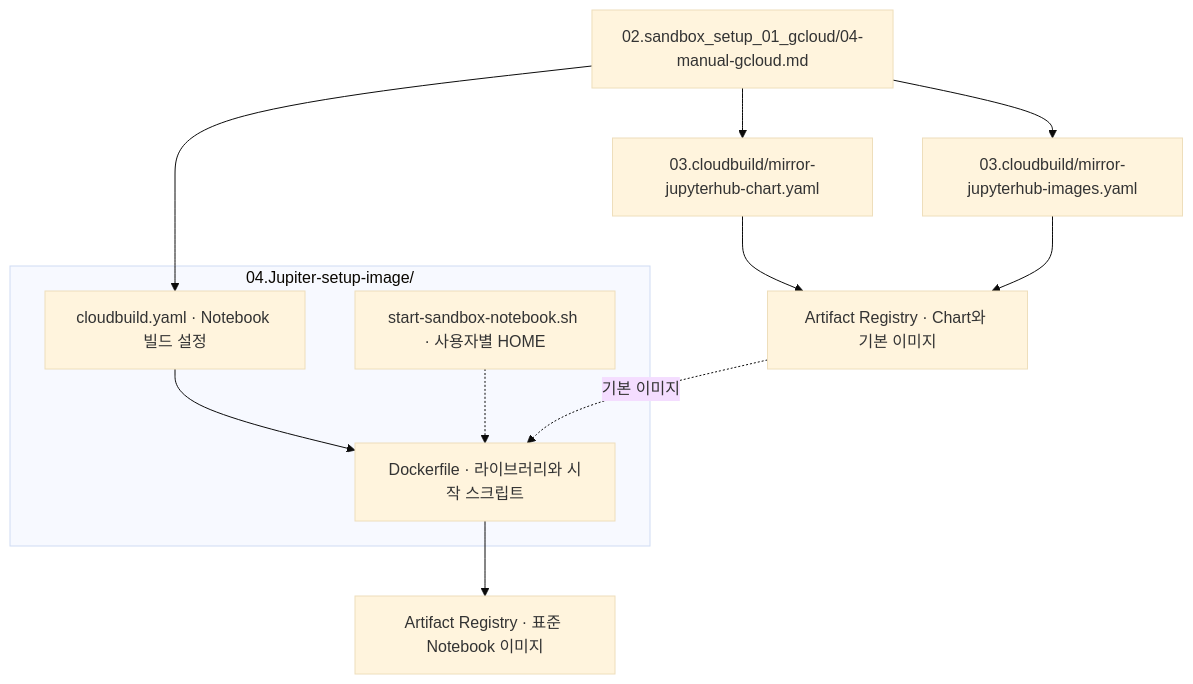
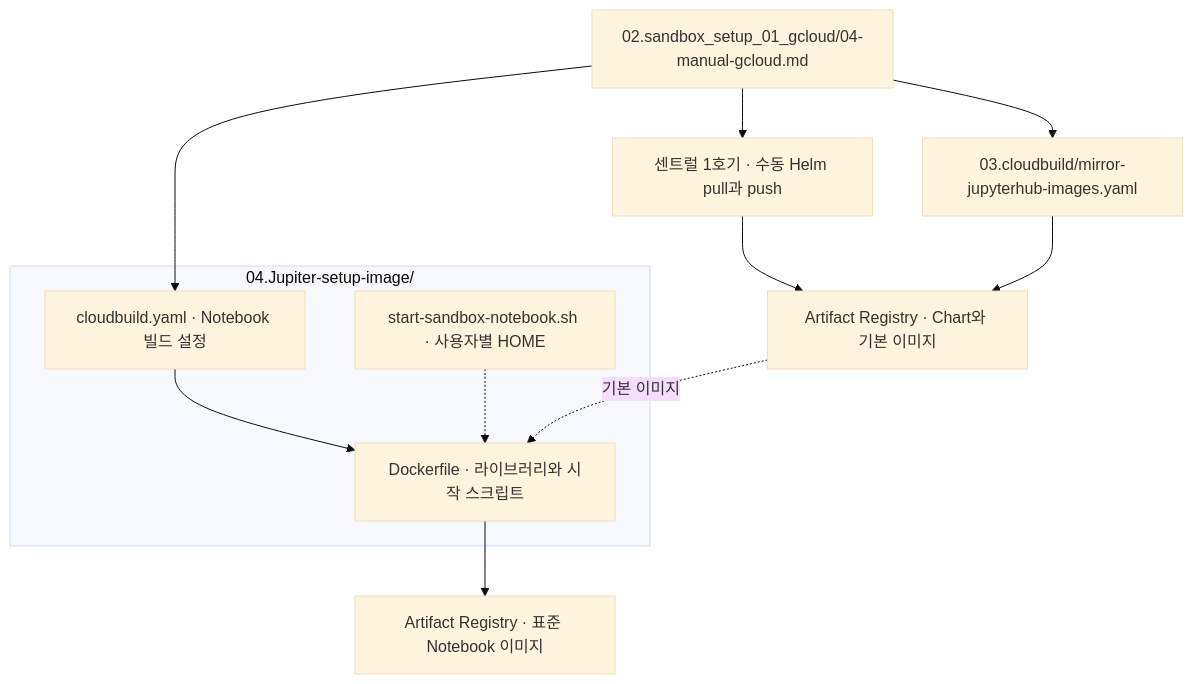
One commit to sonmap/GCP_SBX_Test01 changed the third of 6 diagrams in 01.docs/reference/file-relationships.md. Above: the diagram before and after it, drawn with Mermaid (base theme). The commit also changed other lines of this file and 8 other files, not shown here.

Commit message:
Import JupyterHub Helm chart manually from Central 1

````diff
--- a/01.docs/reference/file-relationships.md
+++ b/01.docs/reference/file-relationships.md
@@ -60,19 +60,19 @@
 ```mermaid
 flowchart TD
     OP["02.sandbox_setup_01_gcloud/04-manual-gcloud.md"]
-    CH["03.cloudbuild/mirror-jupyterhub-chart.yaml"]
+    CH["센트럴 1호기 · 수동 Helm pull과 push"]
     MI["03.cloudbuild/mirror-jupyterhub-images.yaml"]
     AR["Artifact Registry · Chart와 기본 이미지"]
     OP --> CH --> AR
     OP --> MI --> AR
     subgraph NB["04.Jupiter-setup-image/"]
       CB["cloudbuild.yaml · Notebook 빌드 설정"]
       DF["Dockerfile · 라이브러리와 시작 스크립트"]
       SH["start-sandbox-notebook.sh · 사용자별 HOME"]
       CB --> DF
       SH -.-> DF
     end
     OP --> CB
     AR -. "기본 이미지" .-> DF
     DF --> OUT["Artifact Registry · 표준 Notebook 이미지"]
 ```
````
